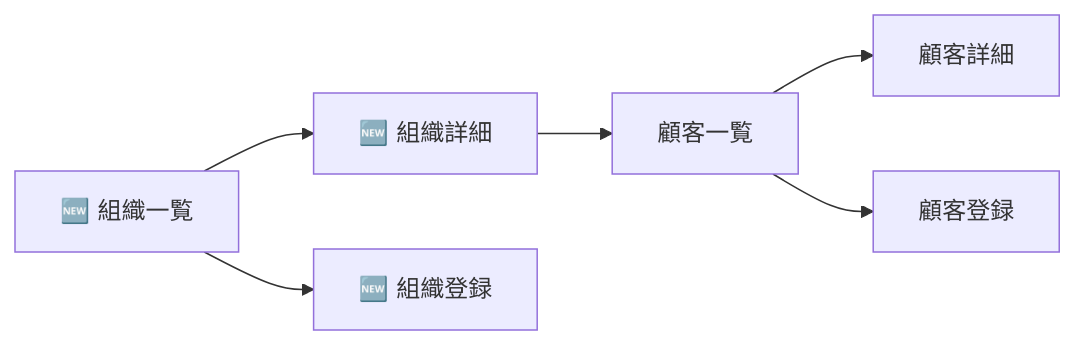
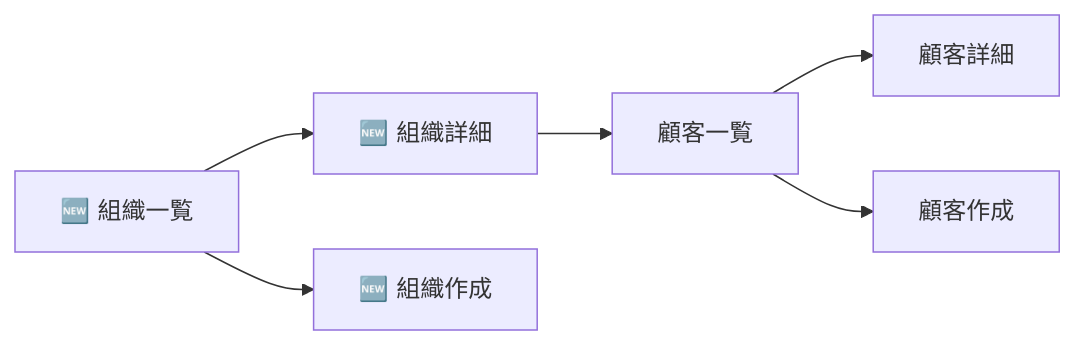
The second of 2 diagrams in 04-practice-only-frontend/02-group.md (seekseep/webapp-handson-2025), drawn with Mermaid before and after one commit. The commit also changed other lines of this file and 2 other files, not shown here.

````diff
--- a/04-practice-only-frontend/02-group.md
+++ b/04-practice-only-frontend/02-group.md
@@ -51,8 +51,8 @@
 ```mermaid
 graph LR
   A[🆕 組織一覧] --> B[🆕 組織詳細]
-  A --> C[🆕 組織登録]
+  A --> C[🆕 組織作成]
   B --> D[顧客一覧]
   D --> E[顧客詳細]
-  D --> F[顧客登録]
+  D --> F[顧客作成]
 ```
````
